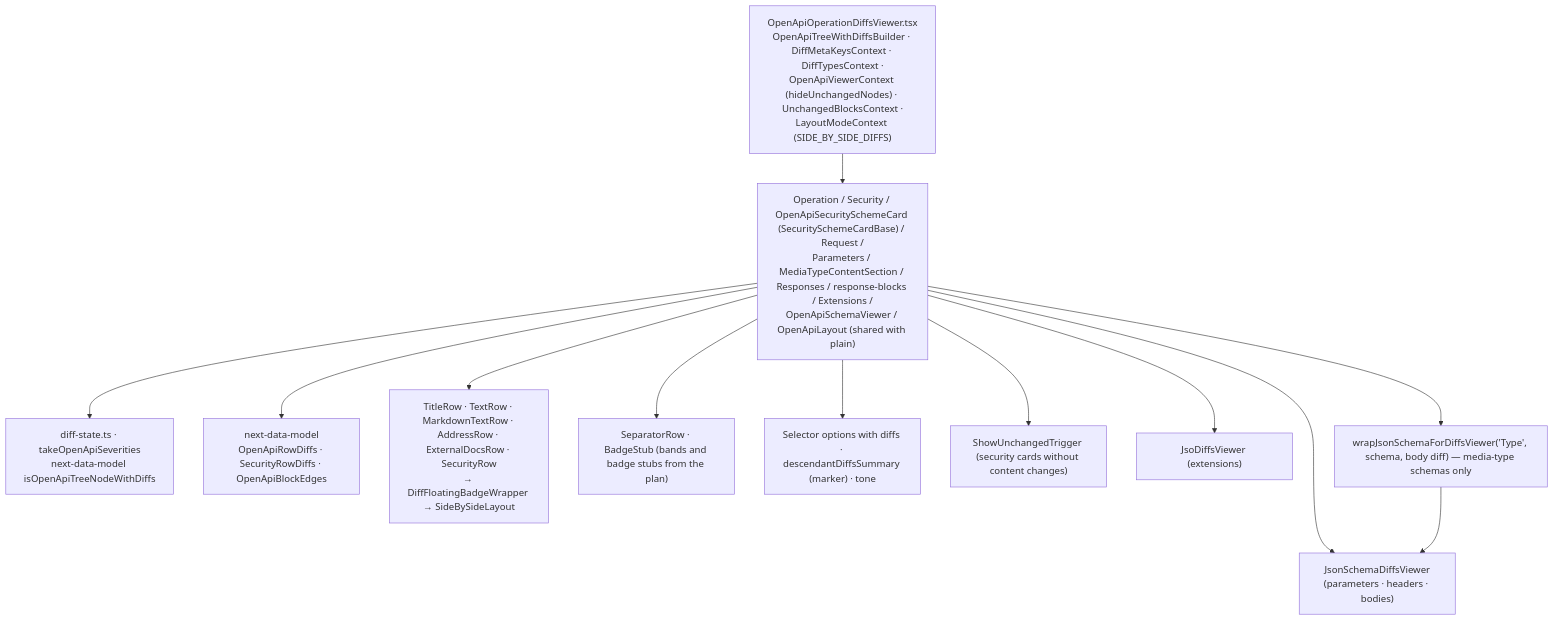
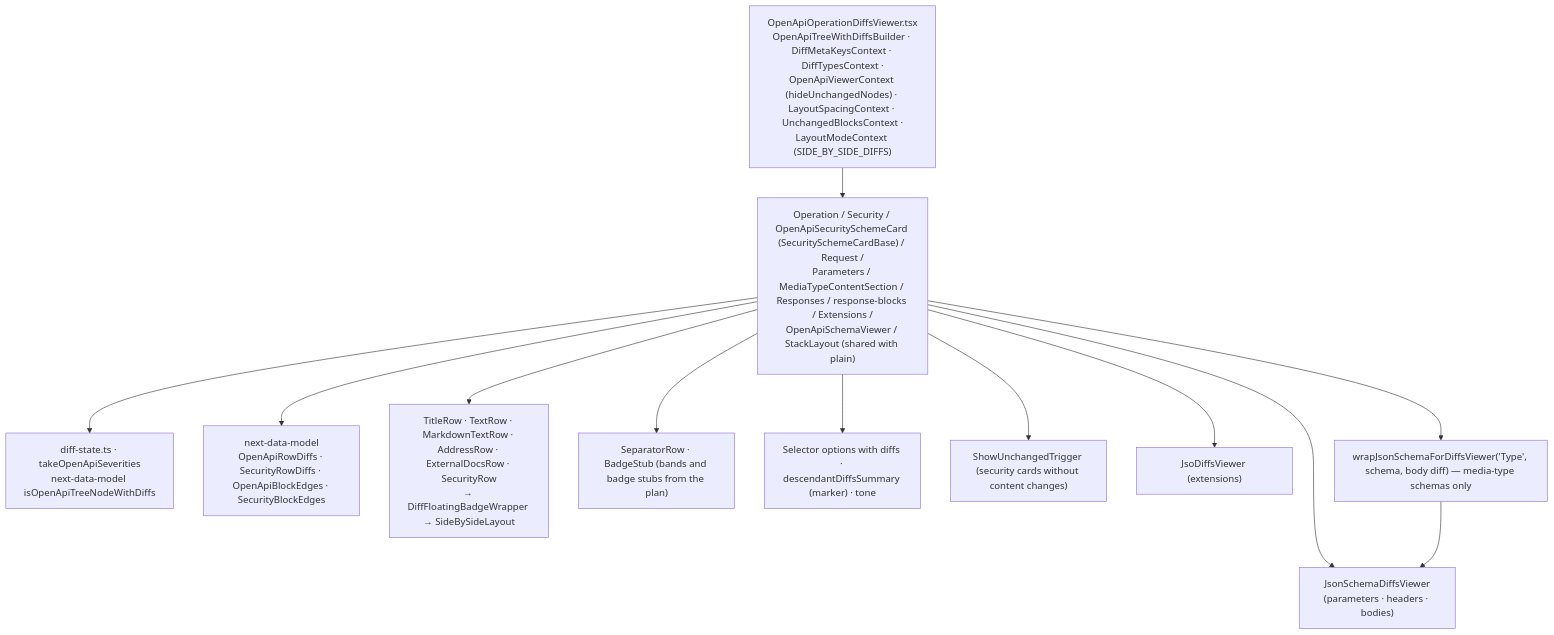
Before and after one commit to Netcracker/qubership-apihub-api-doc-viewer: the diagram in docs/design/openapi/architecture/viewer-with-diffs.md, drawn with Mermaid. The commit also changed 78 other files, not shown here.

Commit message:
refactor(first AI review): Stage 4 - the shared spacing engine and shared row names

````diff
--- a/docs/design/openapi/architecture/viewer-with-diffs.md
+++ b/docs/design/openapi/architecture/viewer-with-diffs.md
@@ -14,26 +14,26 @@
 ```mermaid
 flowchart TB
-  RootD["OpenApiOperationDiffsViewer.tsx<br/>OpenApiTreeWithDiffsBuilder · DiffMetaKeysContext · DiffTypesContext ·<br/>OpenApiViewerContext (hideUnchangedNodes) · UnchangedBlocksContext ·<br/>LayoutModeContext (SIDE_BY_SIDE_DIFFS)"]
-  Containers["Operation / Security / OpenApiSecuritySchemeCard (SecuritySchemeCardBase) / Request /<br/>Parameters / MediaTypeContentSection / Responses / response-blocks / Extensions /<br/>OpenApiSchemaViewer / OpenApiLayout (shared with plain)"]
+  RootD["OpenApiOperationDiffsViewer.tsx<br/>OpenApiTreeWithDiffsBuilder · DiffMetaKeysContext · DiffTypesContext ·<br/>OpenApiViewerContext (hideUnchangedNodes) · LayoutSpacingContext · UnchangedBlocksContext ·<br/>LayoutModeContext (SIDE_BY_SIDE_DIFFS)"]
+  Containers["Operation / Security / OpenApiSecuritySchemeCard (SecuritySchemeCardBase) / Request /<br/>Parameters / MediaTypeContentSection / Responses / response-blocks / Extensions /<br/>OpenApiSchemaViewer / StackLayout (shared with plain)"]
   DiffState["diff-state.ts · takeOpenApiSeverities<br/>next-data-model isOpenApiTreeNodeWithDiffs"]
-  RowDiffs["next-data-model<br/>OpenApiRowDiffs · SecurityRowDiffs · OpenApiBlockEdges"]
+  RowDiffs["next-data-model<br/>OpenApiRowDiffs · SecurityRowDiffs · OpenApiBlockEdges · SecurityBlockEdges"]
   Rows["TitleRow · TextRow · MarkdownTextRow · AddressRow · ExternalDocsRow · SecurityRow<br/>→ DiffFloatingBadgeWrapper → SideBySideLayout"]
   Separators["SeparatorRow · BadgeStub (bands and badge stubs from the plan)"]
   Selectors["Selector options with diffs · descendantDiffsSummary (marker) · tone"]
   Hiding["ShowUnchangedTrigger (security cards without content changes)"]
   JsonSchemaD["JsonSchemaDiffsViewer<br/>(parameters · headers · bodies)"]
   JsoD["JsoDiffsViewer (extensions)"]
   Wrap["wrapJsonSchemaForDiffsViewer('Type', schema, body diff) — media-type schemas only"]
 
   RootD --> Containers
   Containers --> DiffState
   Containers --> RowDiffs
   Containers --> Rows
   Containers --> Separators
   Containers --> Selectors
   Containers --> Hiding
   Containers --> Wrap
   Containers --> JsonSchemaD
   Wrap --> JsonSchemaD
   Containers --> JsoD
 ```
````
